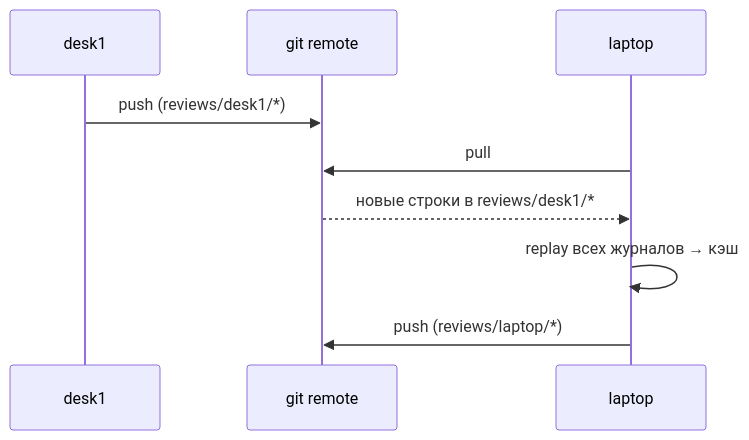
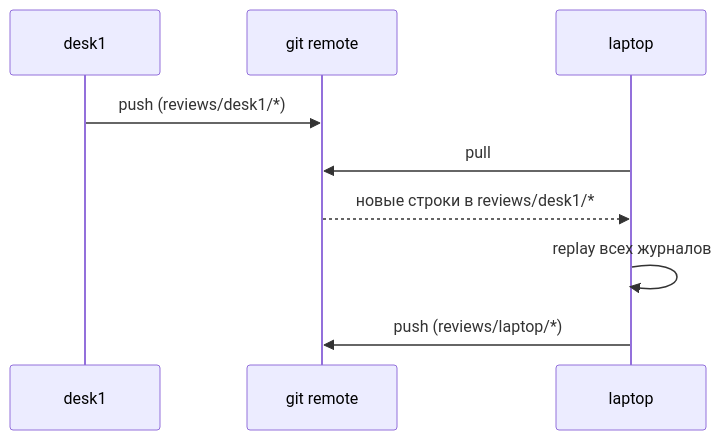
The fourth of 4 diagrams in docs/architecture/data-flows.md (VladimirMakarevich/wastech-learn), drawn with Mermaid before and after one commit. The commit also changed other lines of this file and 23 other files, not shown here.

````diff
--- a/docs/architecture/data-flows.md
+++ b/docs/architecture/data-flows.md
@@ -69,11 +69,11 @@
 ```mermaid
 sequenceDiagram
   participant D1 as desk1
   participant G as git remote
   participant D2 as laptop
   D1->>G: push (reviews/desk1/*)
   D2->>G: pull
   G-->>D2: новые строки в reviews/desk1/*
-  D2->>D2: replay всех журналов → кэш
+  D2->>D2: replay всех журналов
   D2->>G: push (reviews/laptop/*)
 ```
````
